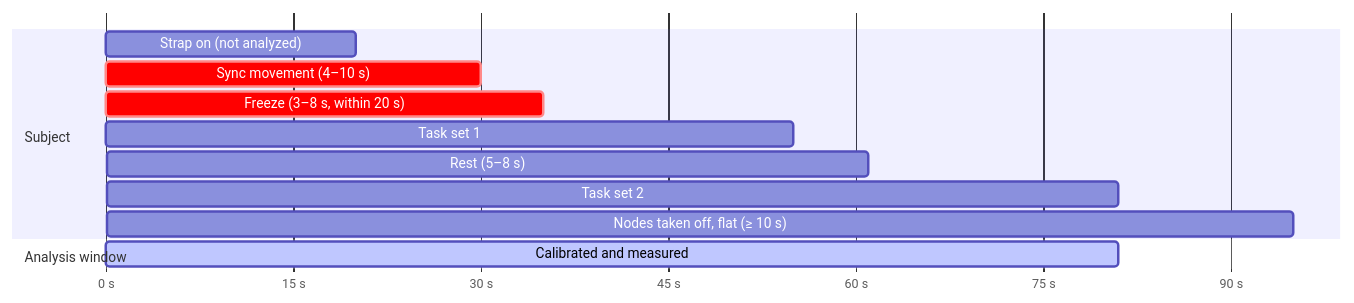
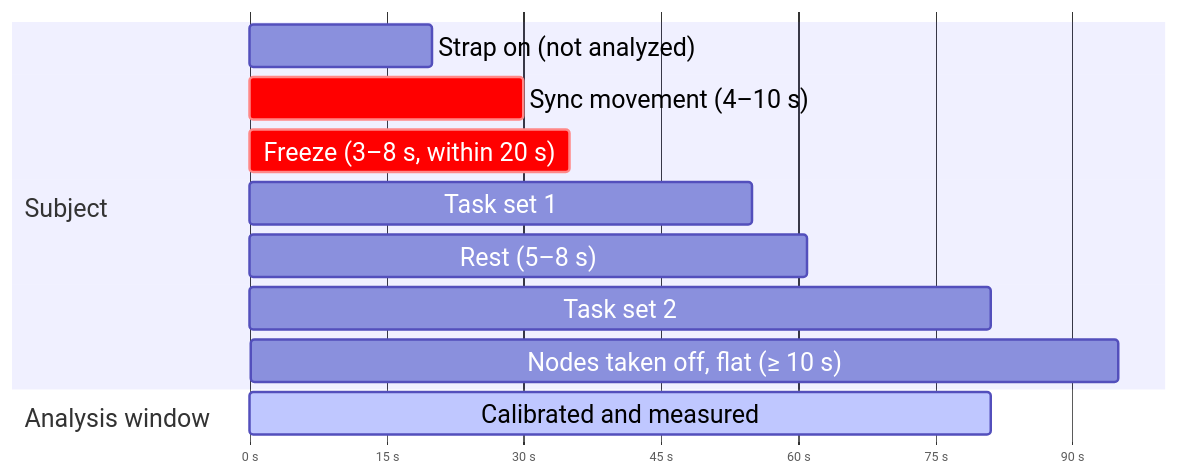
Before and after one commit to Jamie215/HULC_motionshirt: the third of 3 diagrams in docs/SOP.md, drawn with Mermaid. The commit also changed other lines of this file and 3 other files, not shown here.

````diff
--- a/docs/SOP.md
+++ b/docs/SOP.md
@@ -440,15 +447,16 @@
 ```mermaid
+%%{init: {"gantt": {"useWidth": 960, "fontSize": 20, "sectionFontSize": 20, "barHeight": 34, "barGap": 8, "leftPadding": 190, "gridLineStartPadding": 40}}}%%
 gantt
     dateFormat X
     axisFormat %s s
     section Subject
     Strap on (not analyzed)       :a1, 0, 20
     Sync movement (4–10 s)        :crit, a2, 20, 30
     Freeze (3–8 s, within 20 s)   :crit, a3, 30, 35
     Task set 1                    :a4, 35, 55
     Rest (5–8 s)                  :a5, 55, 61
     Task set 2                    :a6, 61, 81
     Nodes taken off, flat (≥ 10 s) :a7, 81, 95
     section Analysis window
     Calibrated and measured       :active, b1, 30, 81
 ```
````
